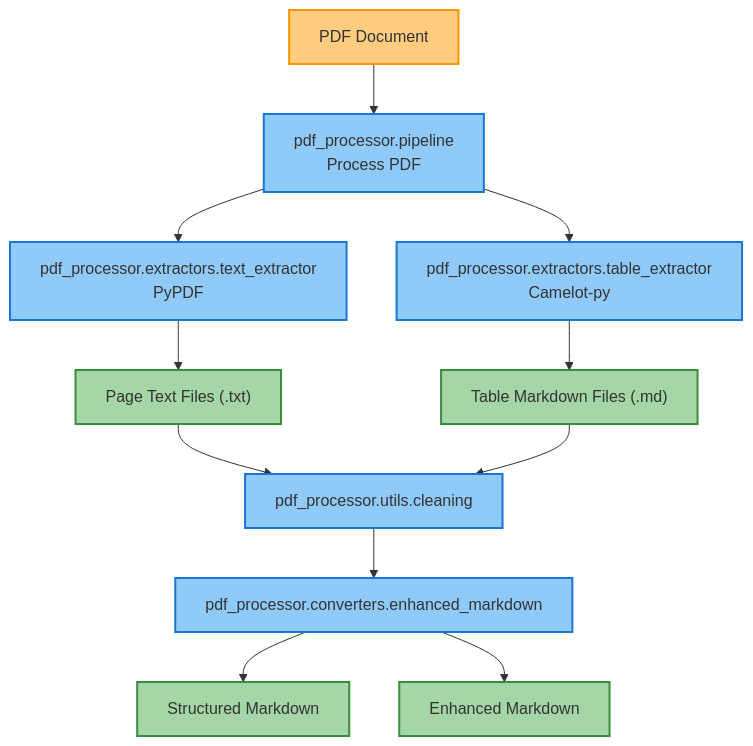
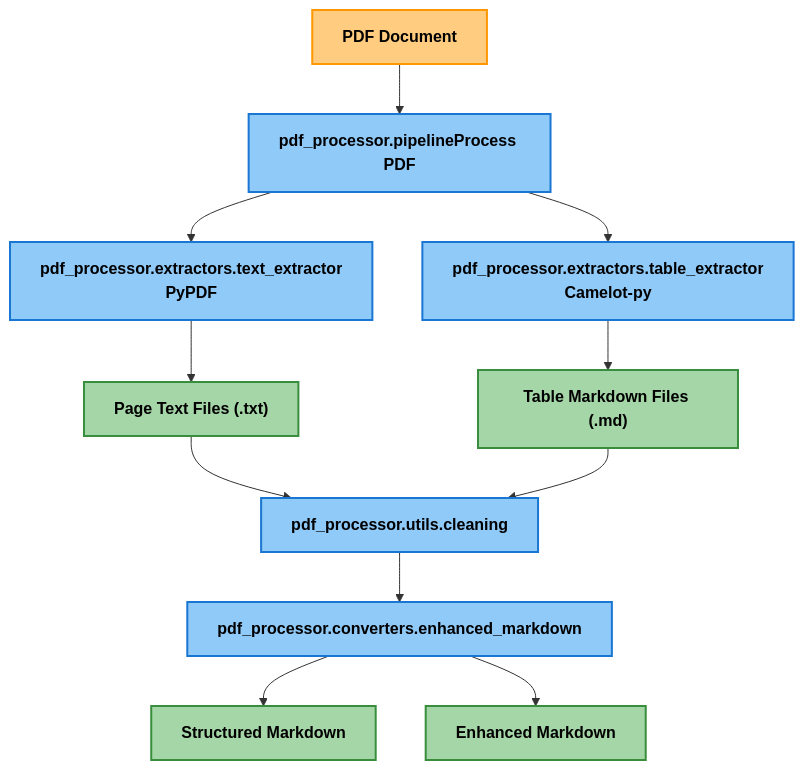
The first of 3 diagrams in README.md (SoundMindsAI/pdf-handling), drawn with Mermaid before and after one commit. The commit also changed other lines of this file, not shown here.

First line of the commit message:
Improve text contrast in diagrams by making text bold and dark

````diff
--- a/README.md
+++ b/README.md
@@ -76,21 +76,21 @@
 ```mermaid
 graph TD
-    PDF[PDF Document] --> PipelineModule[pdf_processor.pipeline\nProcess PDF]
+    PDF[PDF Document] --> PipelineModule[pdf_processor.pipelineProcess PDF]
     PipelineModule --> TextExtractor[pdf_processor.extractors.text_extractor\nPyPDF]
     PipelineModule --> TableExtractor[pdf_processor.extractors.table_extractor\nCamelot-py]
     TextExtractor --> ExtractedText["Page Text Files (.txt)"]
     TableExtractor --> TablesMarkdown["Table Markdown Files (.md)"]
     ExtractedText --> CleaningModule[pdf_processor.utils.cleaning]
     TablesMarkdown --> CleaningModule
     CleaningModule --> EnhancedMarkdown[pdf_processor.converters.enhanced_markdown]
     EnhancedMarkdown --> StructuredMD["Structured Markdown"]
     EnhancedMarkdown --> ImprovedMD["Enhanced Markdown"]
     
-    classDef input fill:#ffcc80,stroke:#ff9800,stroke-width:2px;
-    classDef process fill:#90caf9,stroke:#1976d2,stroke-width:2px;
-    classDef output fill:#a5d6a7,stroke:#388e3c,stroke-width:2px;
+    classDef input fill:#ffcc80,stroke:#ff9800,stroke-width:2px,color:#000000,font-weight:bold;
+    classDef process fill:#90caf9,stroke:#1976d2,stroke-width:2px,color:#000000,font-weight:bold;
+    classDef output fill:#a5d6a7,stroke:#388e3c,stroke-width:2px,color:#000000,font-weight:bold;
     
     class PDF input;
     class PipelineModule,TextExtractor,TableExtractor,CleaningModule,EnhancedMarkdown process;
     class TablesMarkdown,ExtractedText,StructuredMD,ImprovedMD output;
 ```
````
